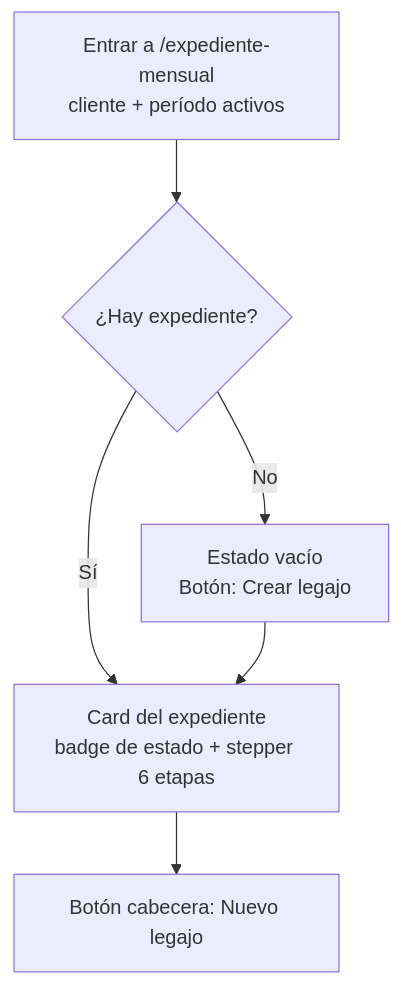
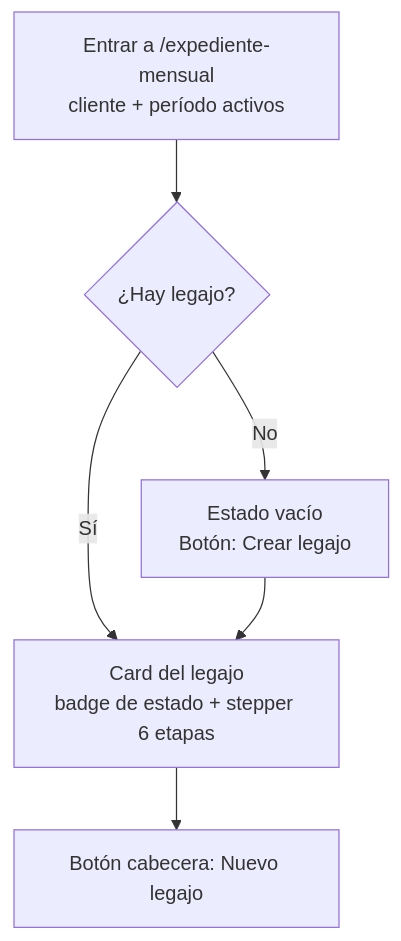
The first of 10 diagrams in docs/flujograma-expediente-mensual.md (TataInti/contable), drawn with Mermaid before and after one commit. The commit also changed other lines of this file, not shown here.

First line of the commit message:
Foco 2.6 (decisión 2): flujograma del Legajo

````diff
--- a/docs/flujograma-expediente-mensual.md
+++ b/docs/flujograma-expediente-mensual.md
@@ -19,8 +19,8 @@
 ```mermaid
 flowchart TD
-    A[Entrar a /expediente-mensual<br/>cliente + período activos] --> B{¿Hay expediente?}
+    A[Entrar a /expediente-mensual<br/>cliente + período activos] --> B{¿Hay legajo?}
     B -- No --> C[Estado vacío<br/>Botón: Crear legajo]
-    B -- Sí --> D[Card del expediente<br/>badge de estado + stepper 6 etapas]
+    B -- Sí --> D[Card del legajo<br/>badge de estado + stepper 6 etapas]
     C --> D
     D --> F[Botón cabecera: Nuevo legajo]
 ```
````
